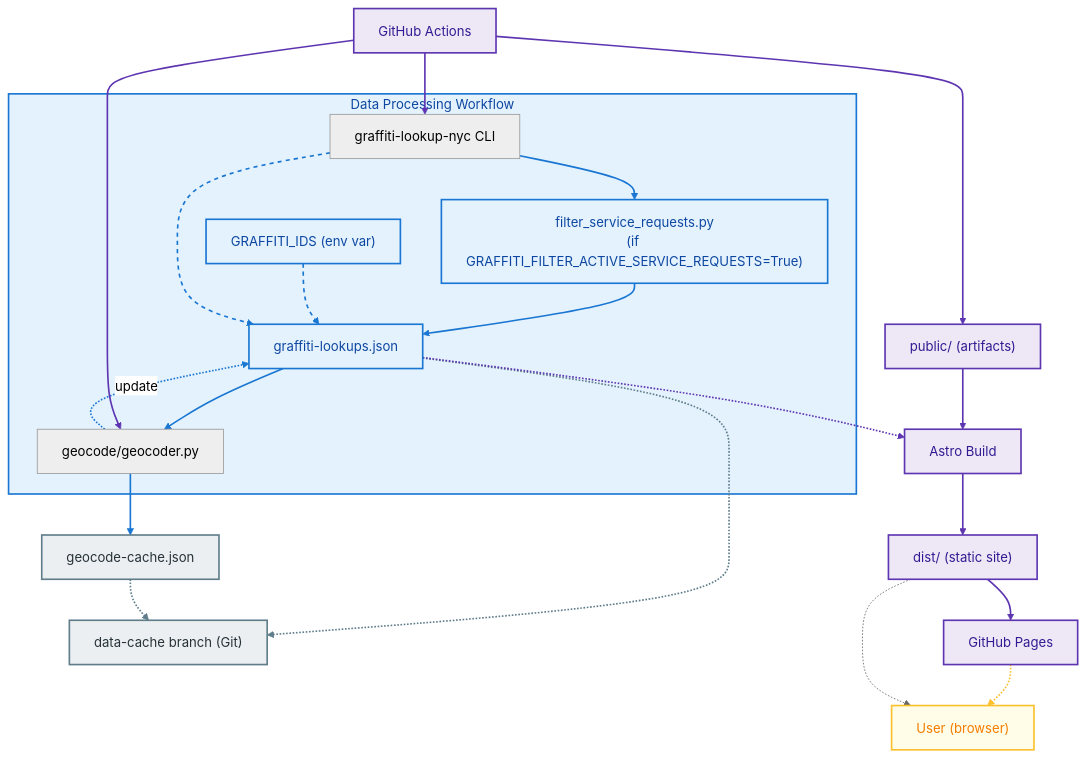
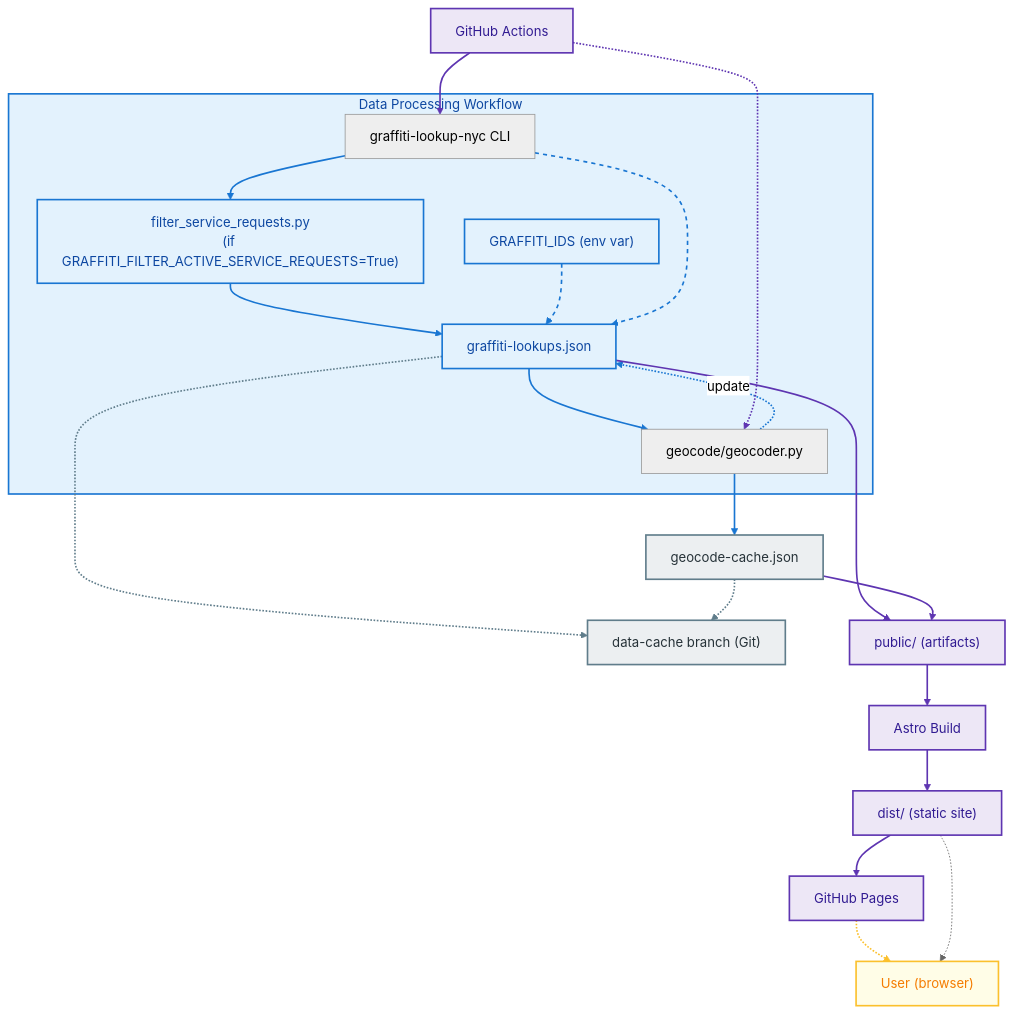
Before and after one commit to njamaleddine/graffiti-lookup-nyc-web: the diagram in README.md, drawn with Mermaid (neutral theme).

```diff
--- a/README.md
+++ b/README.md
@@ -158,10 +158,12 @@
    LOOKUPS -.-> DATA_CACHE
    CACHE -.-> DATA_CACHE
 
+   %% public/ (artifacts) is created after JSONs
+   LOOKUPS --> PUBLIC
+   CACHE --> PUBLIC
+
    GH_ACTIONS --> CLI
    GH_ACTIONS --> GEOCODE
-   GH_ACTIONS --> PUBLIC
-   LOOKUPS -.-> ASTRO
    PUBLIC --> ASTRO
    ASTRO --> DIST
    DIST --> GH_PAGES
```
